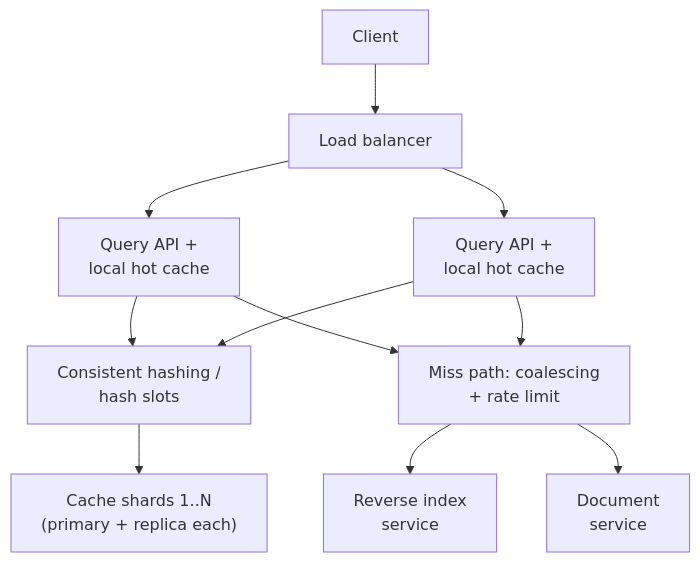
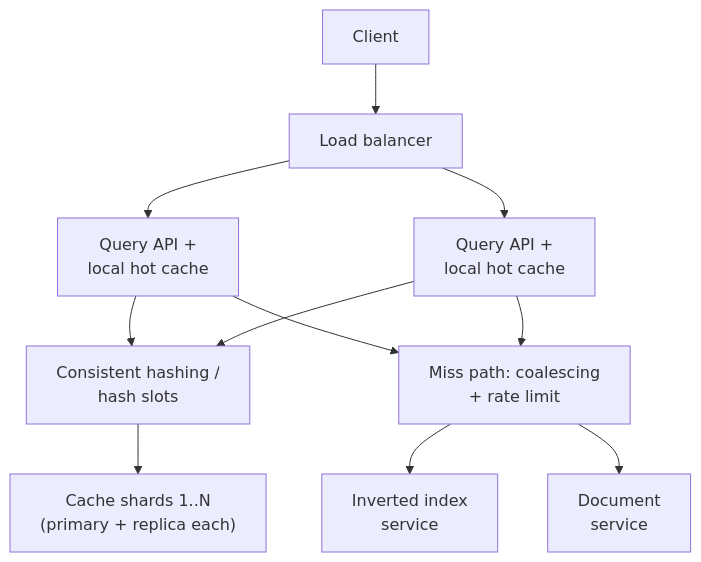
The second of 2 diagrams in src/content/docs/practice/search-query-cache.mdx (butyavk/system-design), drawn with Mermaid before and after one commit. The commit also changed other lines of this file and 117 other files, not shown here.

````diff
--- a/src/content/docs/practice/search-query-cache.mdx
+++ b/src/content/docs/practice/search-query-cache.mdx
@@ -322,11 +322,11 @@
 ```mermaid
 flowchart TD
   client["Client"] --> lb["Load balancer"]
   lb --> q1["Query API +<br/>local hot cache"]
   lb --> q2["Query API +<br/>local hot cache"]
   q1 & q2 --> ring["Consistent hashing /<br/>hash slots"]
   ring --> shards["Cache shards 1..N<br/>(primary + replica each)"]
   q1 & q2 --> coal["Miss path: coalescing<br/>+ rate limit"]
-  coal --> index["Reverse index<br/>service"]
+  coal --> index["Inverted index<br/>service"]
   coal --> docs["Document<br/>service"]
 ```
````
